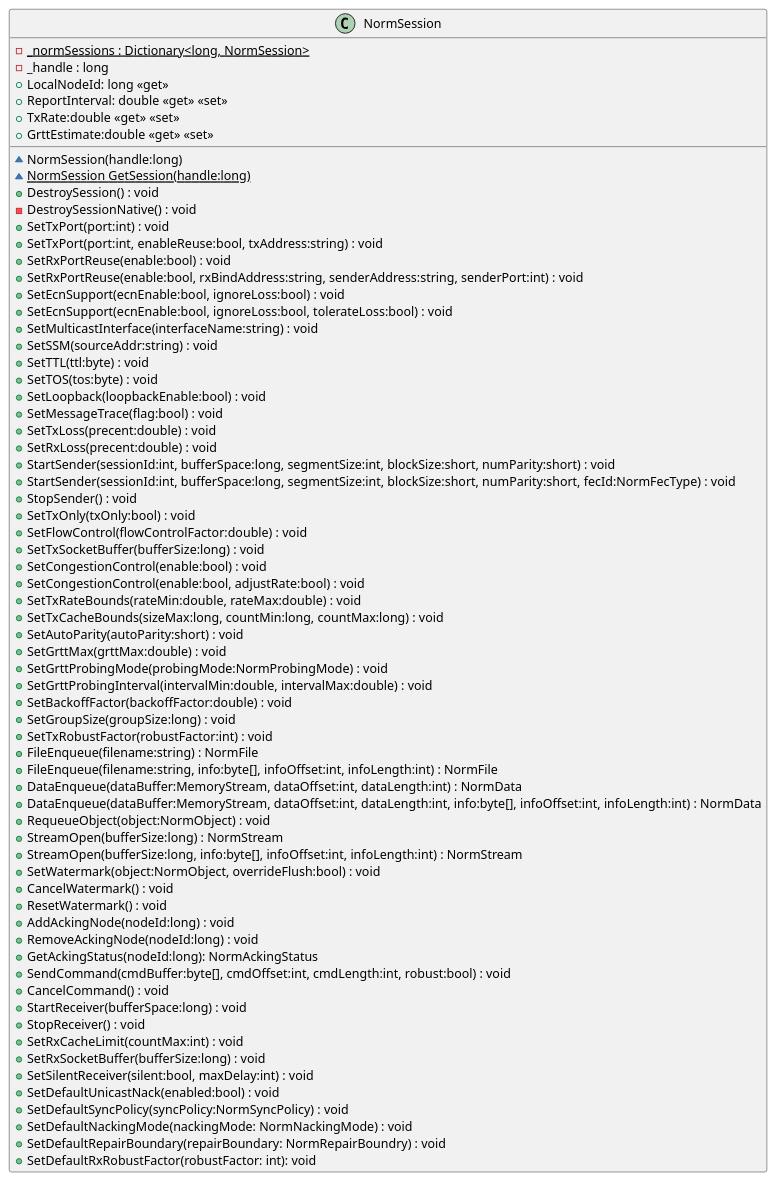
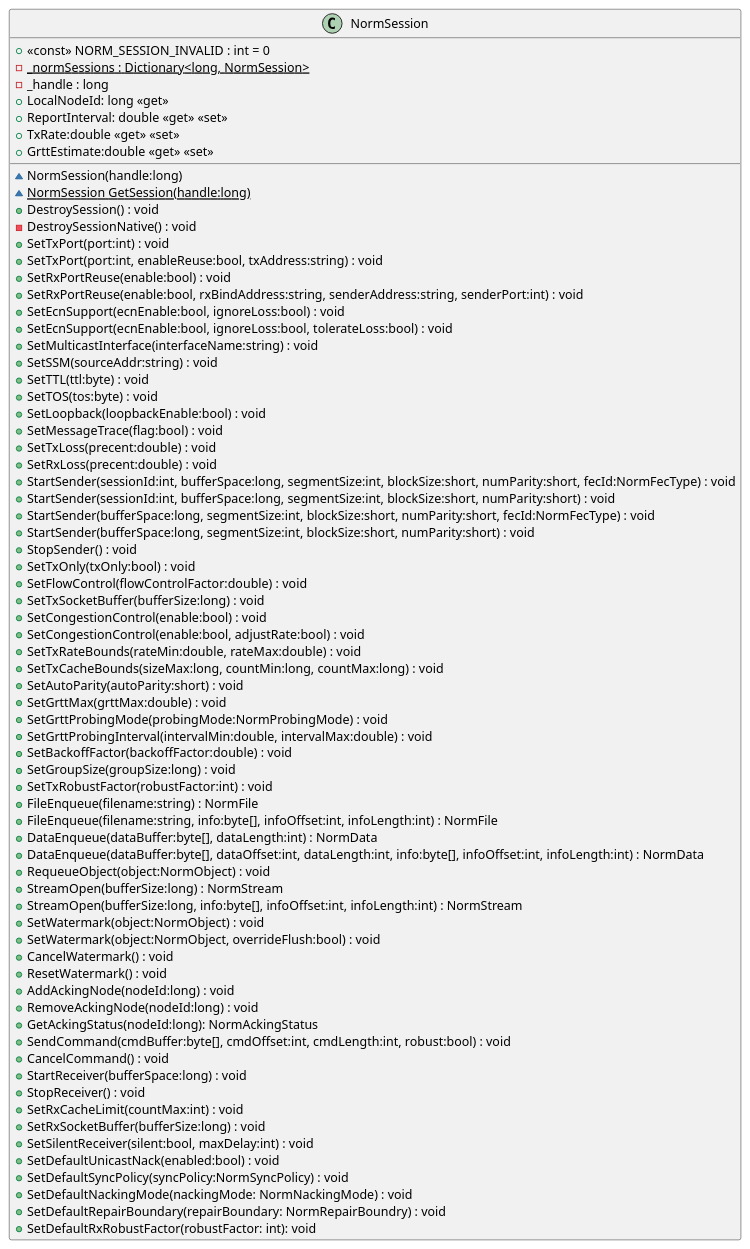
The diagram in src/dotnet/design/Mil/Navy/Nrl/Norm/NormSession.puml (USNavalResearchLaboratory/norm), drawn with PlantUML before and after one commit. The commit also changed 41 other files, not shown here.

```diff
--- a/src/dotnet/design/Mil/Navy/Nrl/Norm/NormSession.puml
+++ b/src/dotnet/design/Mil/Navy/Nrl/Norm/NormSession.puml
@@ -1,70 +1,74 @@
 @startuml
 class NormSession {
+    + <<const>> NORM_SESSION_INVALID : int = 0
     {static} -_normSessions : Dictionary<long, NormSession>
     - _handle : long
     ~ NormSession(handle:long)
     {static} ~ NormSession GetSession(handle:long)
     + DestroySession() : void
     - DestroySessionNative() : void
     + LocalNodeId: long <<get>>
     + SetTxPort(port:int) : void
     + SetTxPort(port:int, enableReuse:bool, txAddress:string) : void
     + SetRxPortReuse(enable:bool) : void
     + SetRxPortReuse(enable:bool, rxBindAddress:string, senderAddress:string, senderPort:int) : void
     + SetEcnSupport(ecnEnable:bool, ignoreLoss:bool) : void
     + SetEcnSupport(ecnEnable:bool, ignoreLoss:bool, tolerateLoss:bool) : void
     + SetMulticastInterface(interfaceName:string) : void
     + SetSSM(sourceAddr:string) : void
     + SetTTL(ttl:byte) : void
     + SetTOS(tos:byte) : void
     + SetLoopback(loopbackEnable:bool) : void
     + SetMessageTrace(flag:bool) : void
     + SetTxLoss(precent:double) : void
     + SetRxLoss(precent:double) : void
     + ReportInterval: double <<get>> <<set>>
+    + StartSender(sessionId:int, bufferSpace:long, segmentSize:int, blockSize:short, numParity:short, fecId:NormFecType) : void
     + StartSender(sessionId:int, bufferSpace:long, segmentSize:int, blockSize:short, numParity:short) : void
-    + StartSender(sessionId:int, bufferSpace:long, segmentSize:int, blockSize:short, numParity:short, fecId:NormFecType) : void
+    + StartSender(bufferSpace:long, segmentSize:int, blockSize:short, numParity:short, fecId:NormFecType) : void
+    + StartSender(bufferSpace:long, segmentSize:int, blockSize:short, numParity:short) : void
     + StopSender() : void
     + SetTxOnly(txOnly:bool) : void
     + TxRate:double <<get>> <<set>>
     + SetFlowControl(flowControlFactor:double) : void
     + SetTxSocketBuffer(bufferSize:long) : void
     + SetCongestionControl(enable:bool) : void
     + SetCongestionControl(enable:bool, adjustRate:bool) : void
     + SetTxRateBounds(rateMin:double, rateMax:double) : void
     + SetTxCacheBounds(sizeMax:long, countMin:long, countMax:long) : void
     + SetAutoParity(autoParity:short) : void
     + GrttEstimate:double <<get>> <<set>>
     + SetGrttMax(grttMax:double) : void
     + SetGrttProbingMode(probingMode:NormProbingMode) : void
     + SetGrttProbingInterval(intervalMin:double, intervalMax:double) : void
     + SetBackoffFactor(backoffFactor:double) : void
     + SetGroupSize(groupSize:long) : void
     + SetTxRobustFactor(robustFactor:int) : void
     + FileEnqueue(filename:string) : NormFile
     + FileEnqueue(filename:string, info:byte[], infoOffset:int, infoLength:int) : NormFile
-    + DataEnqueue(dataBuffer:MemoryStream, dataOffset:int, dataLength:int) : NormData
-    + DataEnqueue(dataBuffer:MemoryStream, dataOffset:int, dataLength:int, info:byte[], infoOffset:int, infoLength:int) : NormData
+    + DataEnqueue(dataBuffer:byte[], dataLength:int) : NormData
+    + DataEnqueue(dataBuffer:byte[], dataOffset:int, dataLength:int, info:byte[], infoOffset:int, infoLength:int) : NormData
     + RequeueObject(object:NormObject) : void
     + StreamOpen(bufferSize:long) : NormStream
     + StreamOpen(bufferSize:long, info:byte[], infoOffset:int, infoLength:int) : NormStream
+    + SetWatermark(object:NormObject) : void
     + SetWatermark(object:NormObject, overrideFlush:bool) : void
     + CancelWatermark() : void
     + ResetWatermark() : void
     + AddAckingNode(nodeId:long) : void
     + RemoveAckingNode(nodeId:long) : void
     + GetAckingStatus(nodeId:long): NormAckingStatus
     + SendCommand(cmdBuffer:byte[], cmdOffset:int, cmdLength:int, robust:bool) : void
     + CancelCommand() : void
     + StartReceiver(bufferSpace:long) : void
     + StopReceiver() : void
     + SetRxCacheLimit(countMax:int) : void
     + SetRxSocketBuffer(bufferSize:long) : void
     + SetSilentReceiver(silent:bool, maxDelay:int) : void
     + SetDefaultUnicastNack(enabled:bool) : void
     + SetDefaultSyncPolicy(syncPolicy:NormSyncPolicy) : void
     + SetDefaultNackingMode(nackingMode: NormNackingMode) : void
     + SetDefaultRepairBoundary(repairBoundary: NormRepairBoundry) : void
     + SetDefaultRxRobustFactor(robustFactor: int): void
 }
 @enduml
```
